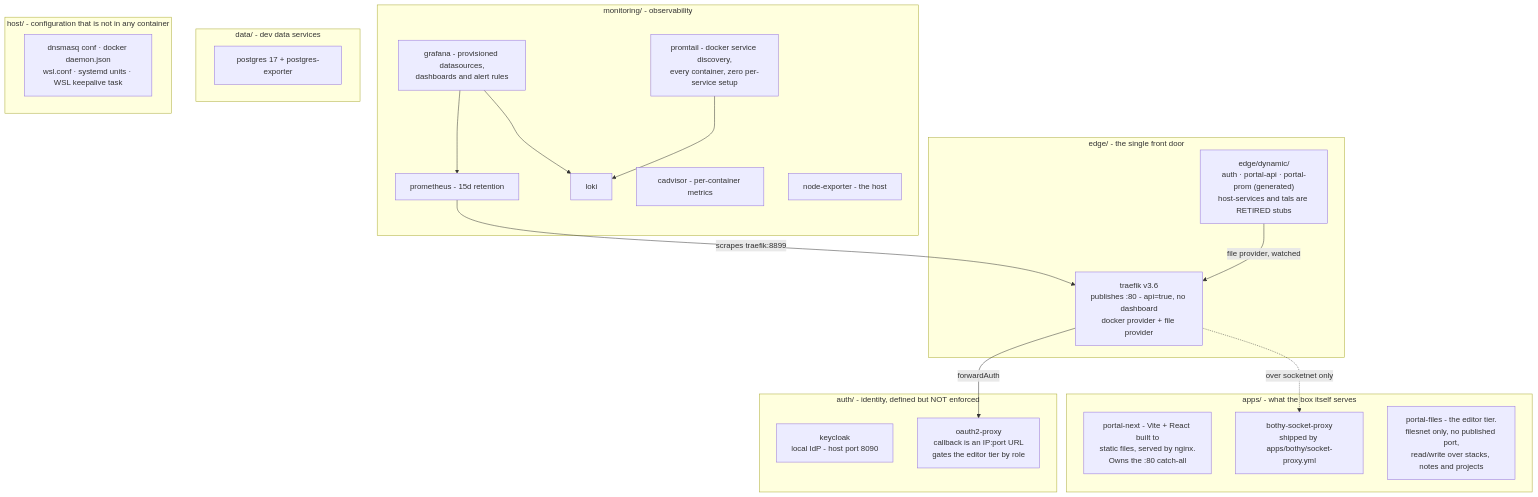
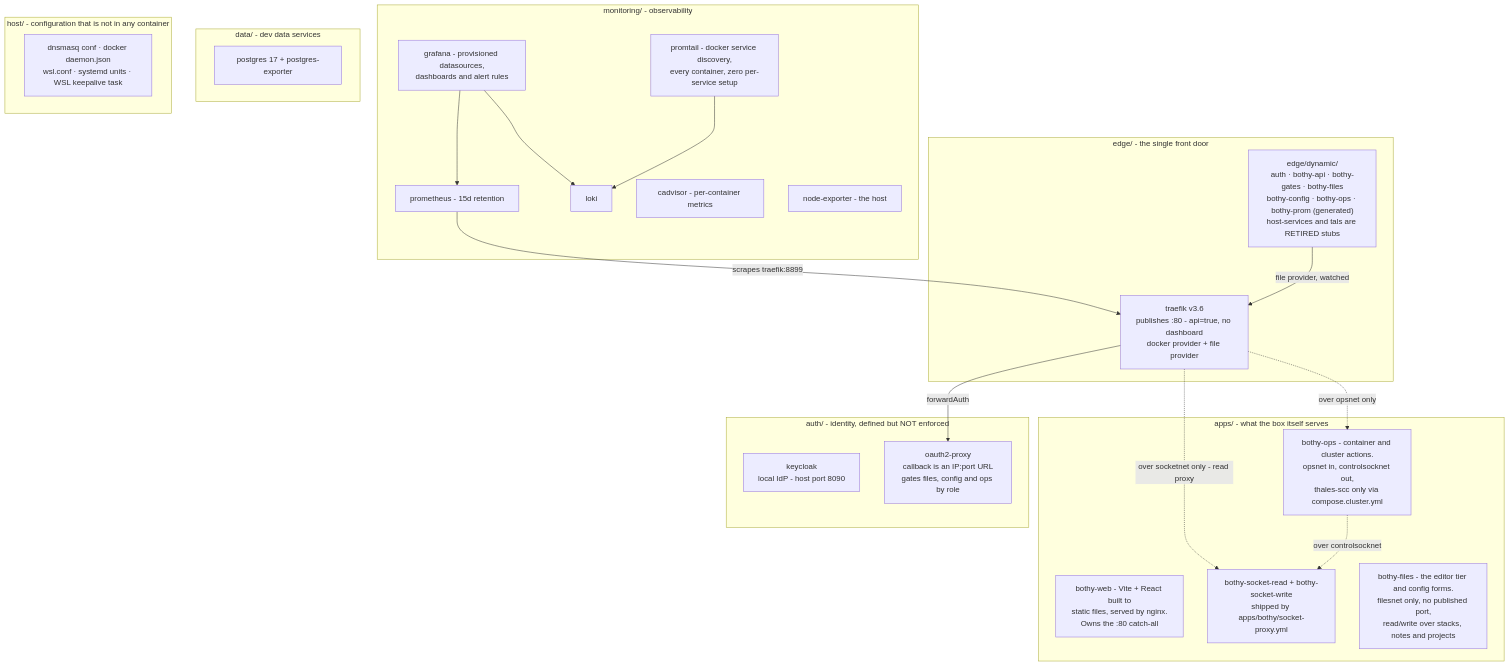
Before and after one commit to YehudaBriskman/Bothy: the diagram in docs/diagrams/stacks.mmd, drawn with Mermaid. The commit also changed 497 other files, not shown here.

First line of the commit message:
Bothy reorg: 5 services, cluster console, VictoriaMetrics/Alloy, Settings v2, stability (#176)

```diff
--- a/docs/diagrams/stacks.mmd
+++ b/docs/diagrams/stacks.mmd
@@ -1,41 +1,44 @@
 flowchart TB
     subgraph s_edge["edge/ - the single front door"]
         TRAEFIK["traefik v3.6<br/>publishes :80 - api=true, no dashboard<br/>docker provider + file provider"]
-        DYN["edge/dynamic/<br/>auth · portal-api · portal-prom (generated)<br/>host-services and tals are RETIRED stubs"]
+        DYN["edge/dynamic/<br/>auth · bothy-api · bothy-gates · bothy-files<br/>bothy-config · bothy-ops · bothy-prom (generated)<br/>host-services and tals are RETIRED stubs"]
     end
 
     subgraph s_auth["auth/ - identity, defined but NOT enforced"]
         KC["keycloak<br/>local IdP - host port 8090"]
-        OAUTH["oauth2-proxy<br/>callback is an IP:port URL<br/>gates the editor tier by role"]
+        OAUTH["oauth2-proxy<br/>callback is an IP:port URL<br/>gates files, config and ops by role"]
     end
 
     subgraph s_mon["monitoring/ - observability"]
         PROM["prometheus - 15d retention"]
         GRAF["grafana - provisioned datasources,<br/>dashboards and alert rules"]
         LOKI["loki"]
         PTAIL["promtail - docker service discovery,<br/>every container, zero per-service setup"]
         CADV["cadvisor - per-container metrics"]
         NEXP["node-exporter - the host"]
     end
 
     subgraph s_data["data/ - dev data services"]
         PG["postgres 17 + postgres-exporter"]
     end
 
     subgraph s_apps["apps/ - what the box itself serves"]
-        PNEXT["portal-next - Vite + React built to<br/>static files, served by nginx.<br/>Owns the :80 catch-all"]
-        PSOCK["bothy-socket-proxy<br/>shipped by apps/bothy/socket-proxy.yml"]
-        PFILES["portal-files - the editor tier.<br/>filesnet only, no published port,<br/>read/write over stacks, notes and projects"]
+        PNEXT["bothy-web - Vite + React built to<br/>static files, served by nginx.<br/>Owns the :80 catch-all"]
+        PSOCK["bothy-socket-read + bothy-socket-write<br/>shipped by apps/bothy/socket-proxy.yml"]
+        PFILES["bothy-files - the editor tier and config forms.<br/>filesnet only, no published port,<br/>read/write over stacks, notes and projects"]
+        POPS["bothy-ops - container and cluster actions.<br/>opsnet in, controlsocknet out,<br/>thales-scc only via compose.cluster.yml"]
     end
 
     subgraph s_host["host/ - configuration that is not in any container"]
         HOSTF["dnsmasq conf · docker daemon.json<br/>wsl.conf · systemd units · WSL keepalive task"]
     end
 
     DYN -->|"file provider, watched"| TRAEFIK
     TRAEFIK -->|"forwardAuth"| OAUTH
-    TRAEFIK -.->|"over socketnet only"| PSOCK
+    TRAEFIK -.->|"over socketnet only - read proxy"| PSOCK
+    TRAEFIK -.->|"over opsnet only"| POPS
+    POPS -.->|"over controlsocknet"| PSOCK
     PTAIL --> LOKI
     GRAF --> PROM
     GRAF --> LOKI
     PROM -->|"scrapes traefik:8899"| TRAEFIK
```
